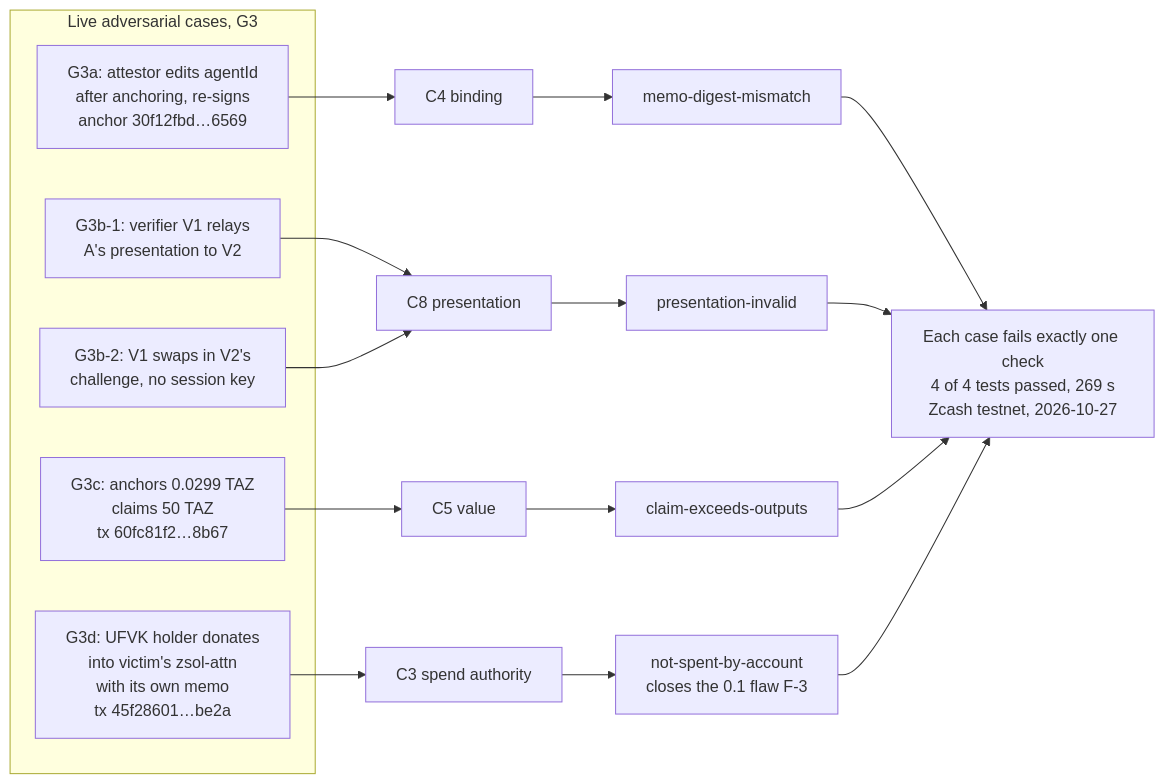
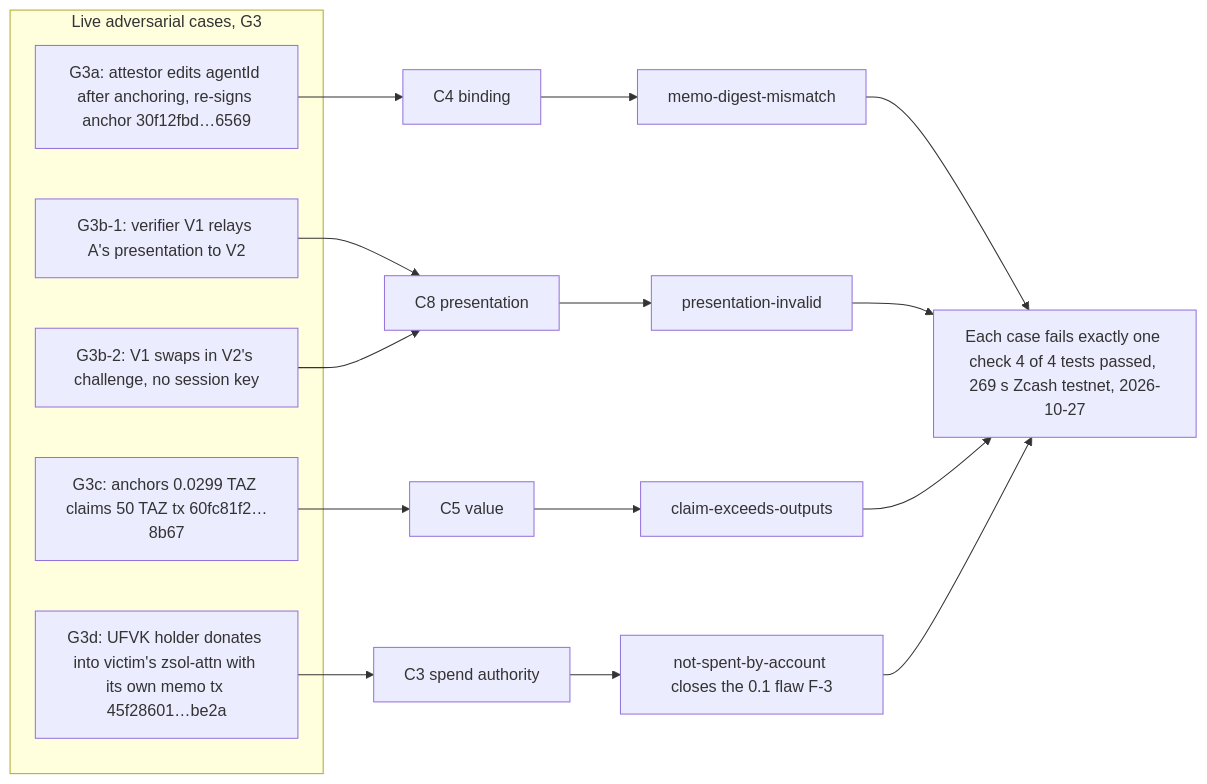
One commit to Srizdebnath/zsol changed the diagram in docs/diagrams/06-attacks-defeated.mmd. Above: the diagram before and after it, drawn with Mermaid. The commit also changed 17 other files, not shown here.

Commit message:
README: Excalidraw renders of all eight diagrams; drop <br/> from Mermaid sources (Excalidraw prints it literally)

```diff
--- a/docs/diagrams/06-attacks-defeated.mmd
+++ b/docs/diagrams/06-attacks-defeated.mmd
@@ -1,24 +1,24 @@
 flowchart LR
     subgraph ATK["Live adversarial cases, G3"]
-        G3A["G3a: attestor edits agentId<br/>after anchoring, re-signs<br/>anchor 30f12fbd…6569"]
-        G3B1["G3b-1: verifier V1 relays<br/>A's presentation to V2"]
-        G3B2["G3b-2: V1 swaps in V2's<br/>challenge, no session key"]
-        G3C["G3c: anchors 0.0299 TAZ<br/>claims 50 TAZ<br/>tx 60fc81f2…8b67"]
-        G3D["G3d: UFVK holder donates<br/>into victim's zsol-attn<br/>with its own memo<br/>tx 45f28601…be2a"]
+        G3A["G3a: attestor edits agentId after anchoring, re-signs anchor 30f12fbd…6569"]
+        G3B1["G3b-1: verifier V1 relays A's presentation to V2"]
+        G3B2["G3b-2: V1 swaps in V2's challenge, no session key"]
+        G3C["G3c: anchors 0.0299 TAZ claims 50 TAZ tx 60fc81f2…8b67"]
+        G3D["G3d: UFVK holder donates into victim's zsol-attn with its own memo tx 45f28601…be2a"]
     end
 
     G3A --> K4["C4 binding"]
     G3B1 --> K8["C8 presentation"]
     G3B2 --> K8
     G3C --> K5["C5 value"]
     G3D --> K3["C3 spend authority"]
 
     K4 --> R4["memo-digest-mismatch"]
     K8 --> R8["presentation-invalid"]
     K5 --> R5["claim-exceeds-outputs"]
-    K3 --> R3["not-spent-by-account<br/>closes the 0.1 flaw F-3"]
+    K3 --> R3["not-spent-by-account closes the 0.1 flaw F-3"]
 
-    R4 --> RES["Each case fails exactly one check<br/>4 of 4 tests passed, 269 s<br/>Zcash testnet, 2026-10-27"]
+    R4 --> RES["Each case fails exactly one check 4 of 4 tests passed, 269 s Zcash testnet, 2026-10-27"]
     R8 --> RES
     R5 --> RES
     R3 --> RES
```
